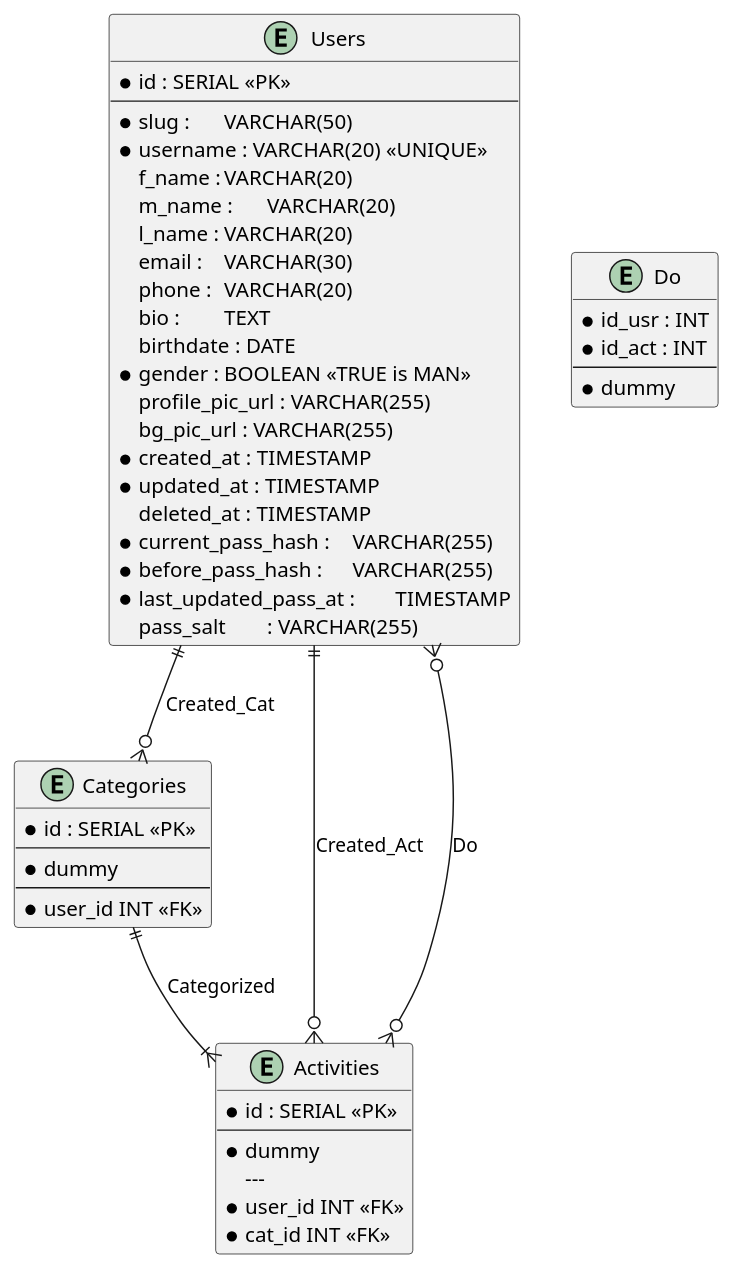
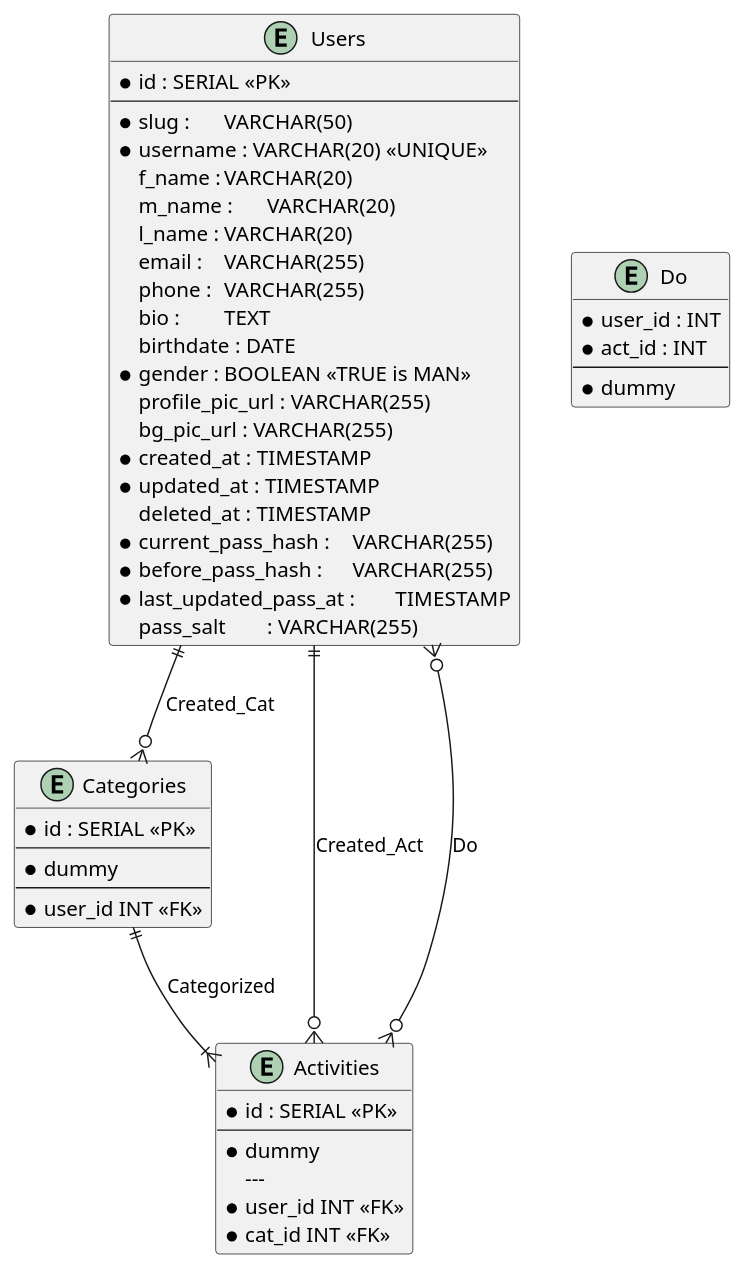
The diagram in db/ie.puml (IbraSuraya/suraya), drawn with PlantUML before and after one commit. The commit also changed 10 other files, not shown here.

```diff
--- a/db/ie.puml
+++ b/db/ie.puml
@@ -1,54 +1,54 @@
 @startuml Entertaiment
 
 entity Users {
   * id : SERIAL <<PK>>
   ---
   * slug :	VARCHAR(50)
   * username : VARCHAR(20) <<UNIQUE>>
   f_name :	VARCHAR(20)
   m_name :	VARCHAR(20)
   l_name :	VARCHAR(20)
-  email :	VARCHAR(30)
-  phone :	VARCHAR(20)
+  email :	VARCHAR(255)
+  phone :	VARCHAR(255)
   bio :		TEXT
   birthdate : DATE
   * gender :	BOOLEAN <<TRUE is MAN>>
   profile_pic_url : VARCHAR(255)
   bg_pic_url : VARCHAR(255)
   * created_at : TIMESTAMP
   * updated_at : TIMESTAMP
   deleted_at : TIMESTAMP
   * current_pass_hash :	VARCHAR(255)
   * before_pass_hash :	VARCHAR(255)
   * last_updated_pass_at :	TIMESTAMP
   pass_salt	: VARCHAR(255)
 }
 entity Categories {
   * id : SERIAL <<PK>>
   ---
   * dummy
   ---
   * user_id INT <<FK>>
 }
 entity Activities {
   * id : SERIAL <<PK>>
   ---
   * dummy
     ---
   * user_id INT <<FK>>
   * cat_id INT <<FK>>
 }
 
 entity Do {
-  * id_usr : INT
-  * id_act : INT
+  * user_id : INT
+  * act_id : INT
   ---
   * dummy
 }
 
 Users ||--o{ Categories : Created_Cat
 Users ||--o{ Activities : Created_Act
 Users }o--o{ Activities : Do
 Categories ||--|{ Activities : Categorized
 
 @enduml
```
